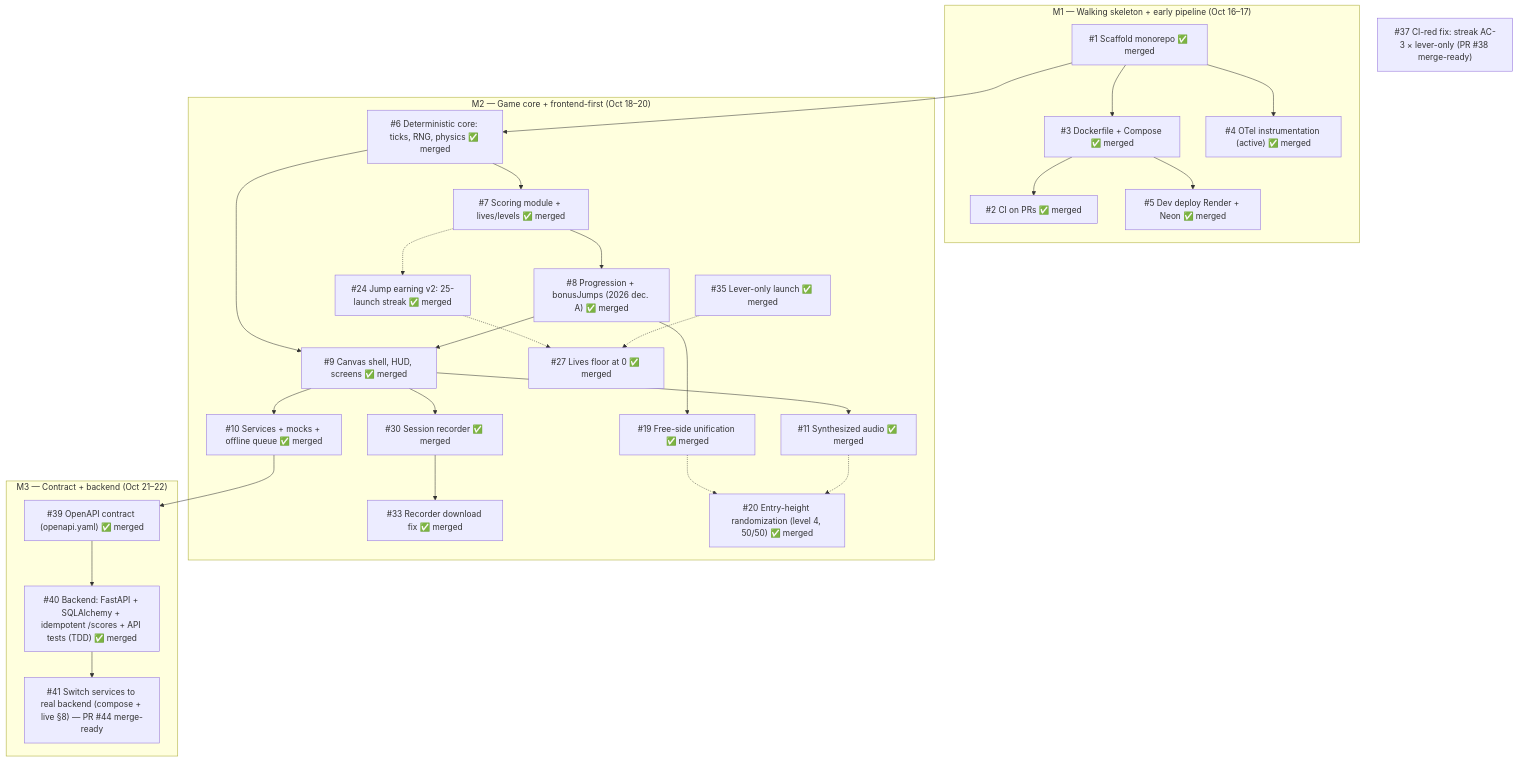
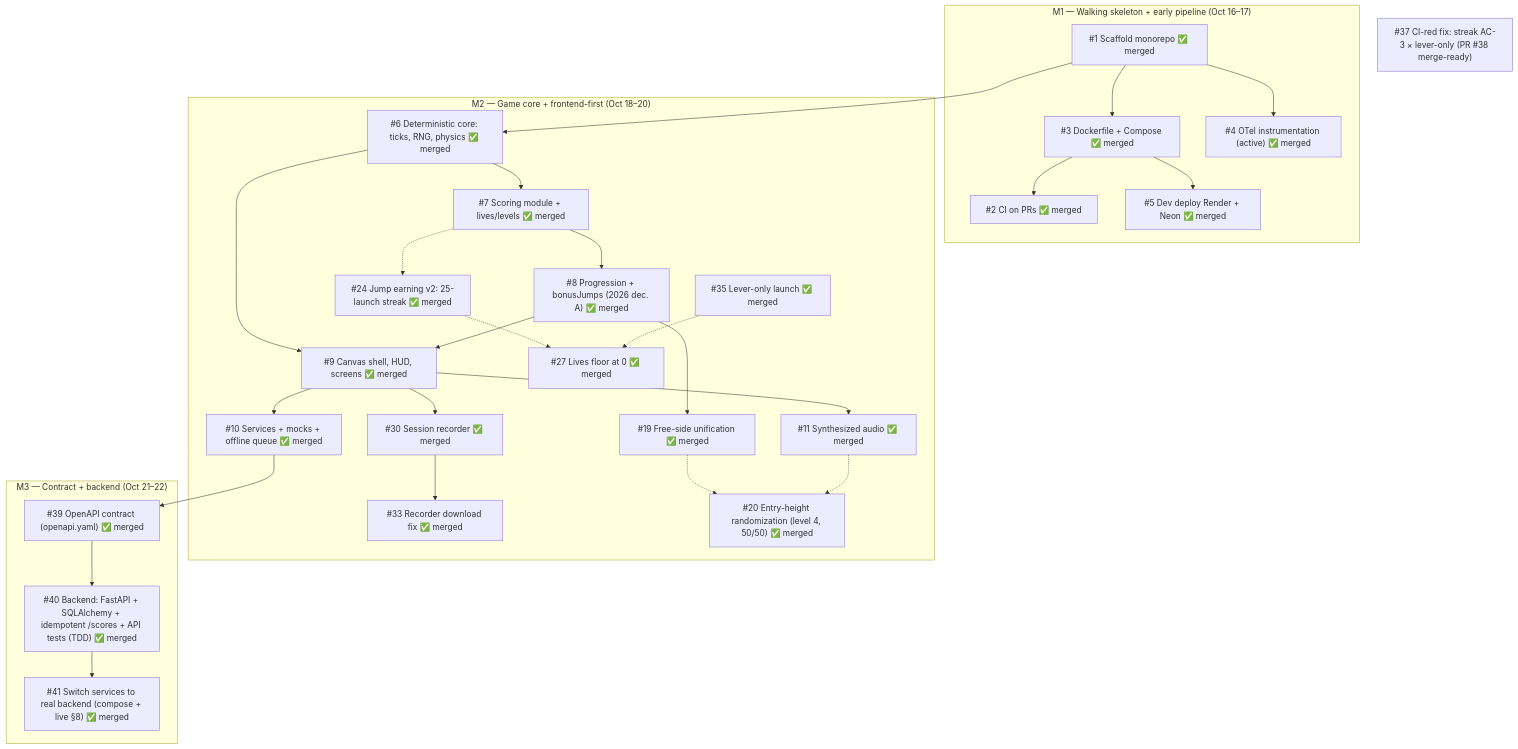
Before and after one commit to lucapug/clown-circus-reloaded: the diagram in _docs/backlog.md, drawn with Mermaid.

Commit message:
Backlog map: M3 complete 3/3 (#39/#40/#41 merged)

````diff
--- a/_docs/backlog.md
+++ b/_docs/backlog.md
@@ -7,59 +7,59 @@
 ```mermaid
 graph TD
     subgraph M1["M1 — Walking skeleton + early pipeline (Oct 16–17)"]
         I1["#1 Scaffold monorepo ✅ merged"]
     I2["#2 CI on PRs ✅ merged"]
         I3["#3 Dockerfile + Compose ✅ merged"]
     I4["#4 OTel instrumentation (active) ✅ merged"]
     I5["#5 Dev deploy Render + Neon ✅ merged"]
     end
 
     subgraph M2["M2 — Game core + frontend-first (Oct 18–20)"]
         I6["#6 Deterministic core: ticks, RNG, physics ✅ merged"]
         I7["#7 Scoring module + lives/levels ✅ merged"]
         I8["#8 Progression + bonusJumps (2026 dec. A) ✅ merged"]
         I9["#9 Canvas shell, HUD, screens ✅ merged"]
     I30["#30 Session recorder ✅ merged"]
     I33["#33 Recorder download fix ✅ merged"]
         I10["#10 Services + mocks + offline queue ✅ merged"]
         I11["#11 Synthesized audio ✅ merged"]
         I19["#19 Free-side unification ✅ merged"]
         I20["#20 Entry-height randomization (level 4, 50/50) ✅ merged"]
         I24["#24 Jump earning v2: 25-launch streak ✅ merged"]
         I27["#27 Lives floor at 0 ✅ merged"]
     I35["#35 Lever-only launch ✅ merged"]
     end
 
     subgraph M3["M3 — Contract + backend (Oct 21–22)"]
         I39["#39 OpenAPI contract (openapi.yaml) ✅ merged"]
         I40["#40 Backend: FastAPI + SQLAlchemy + idempotent /scores + API tests (TDD) ✅ merged"]
-        I41["#41 Switch services to real backend (compose + live §8) — PR #44 merge-ready"]
+        I41["#41 Switch services to real backend (compose + live §8) ✅ merged"]
     end
 
     I37["#37 CI-red fix: streak AC-3 × lever-only (PR #38 merge-ready)"]
 
     I1 --> I3
     I1 --> I4
     I3 --> I2
     I3 --> I5
 
     I1 --> I6
     I6 --> I7
     I7 --> I8
     I6 --> I9
     I8 --> I9
     I9 --> I10
     I9 --> I11
     I8 --> I19
     I19 -.-> I20
     I11 -.-> I20
     I7 -.-> I24
     I9 --> I30
     I30 --> I33
     I24 -.-> I27
     I35 -.-> I27
 
     I10 --> I39
     I39 --> I40
     I40 --> I41
 ```
````
